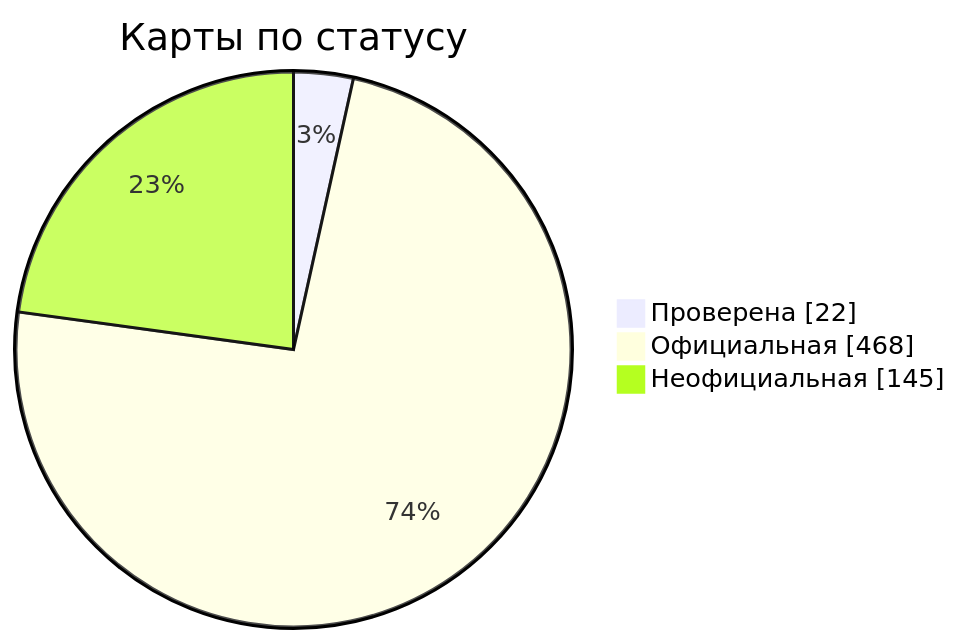
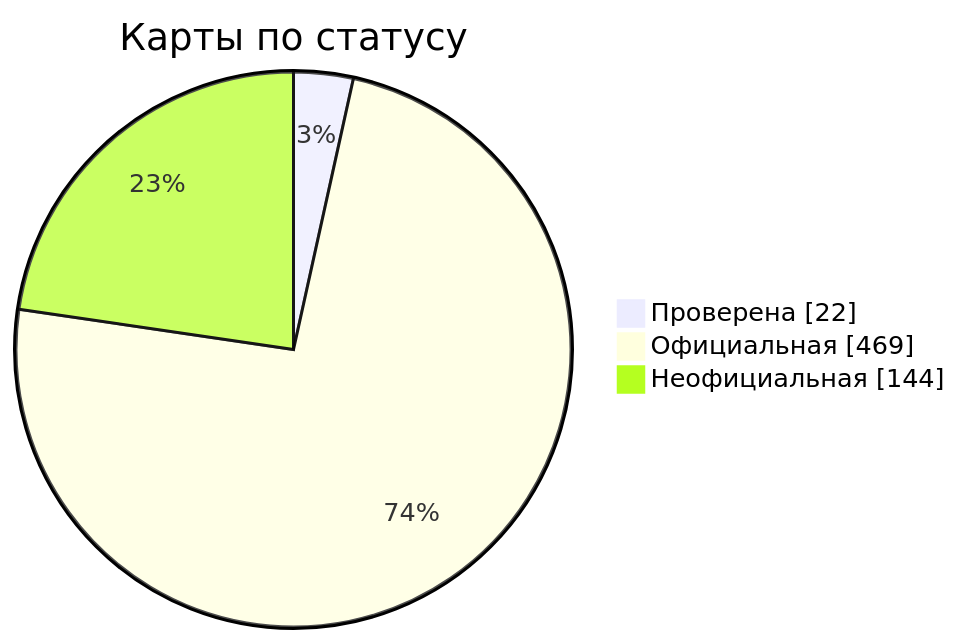
The diagram in docs/readme/README_RU.md (nobrega8/mbmap-library), drawn with Mermaid before and after one commit. The commit also changed 6 other files, not shown here.

````diff
--- a/docs/readme/README_RU.md
+++ b/docs/readme/README_RU.md
@@ -54,7 +54,7 @@
 ```mermaid
 pie showData
     title Карты по статусу
     "Проверена" : 22
-    "Официальная" : 468
-    "Неофициальная" : 145
+    "Официальная" : 469
+    "Неофициальная" : 144
 ```
````
